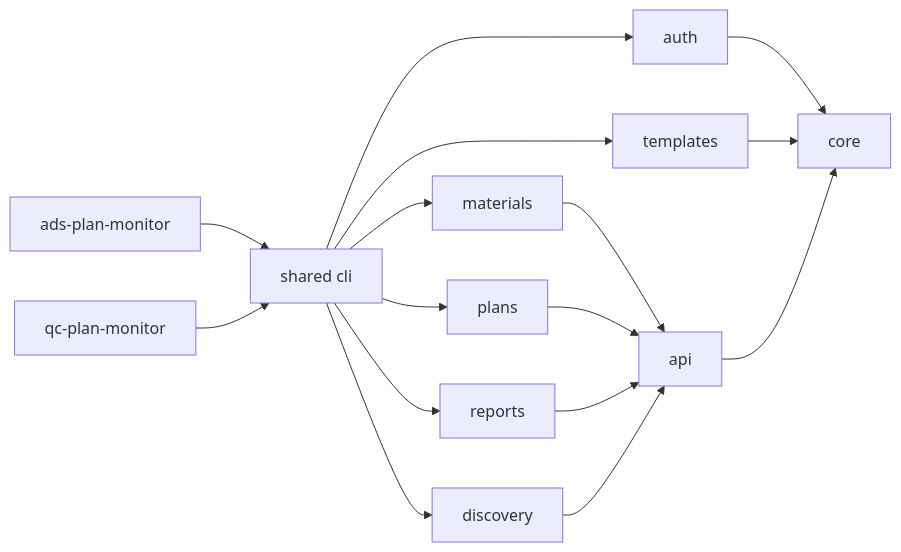
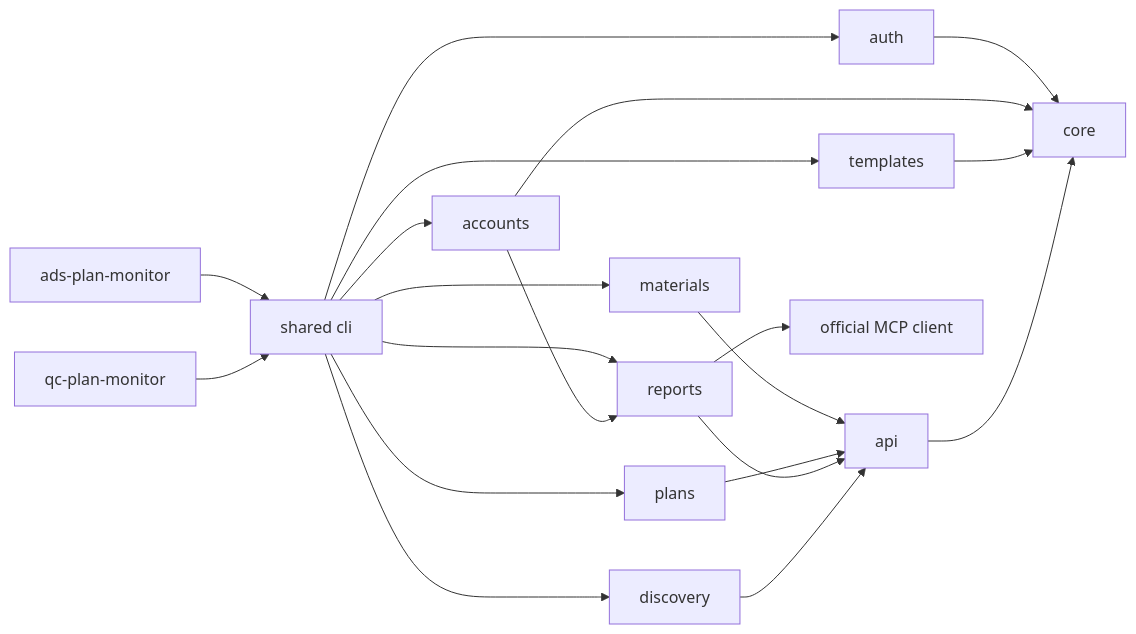
One commit to westng/ocean-watch changed the first of 2 diagrams in docs/architecture.md. Above: the diagram before and after it, drawn with Mermaid. The commit also changed other lines of this file and 58 other files, not shown here.

````diff
--- a/docs/architecture.md
+++ b/docs/architecture.md
@@ -18,18 +18,22 @@
 ```mermaid
 flowchart LR
     AdsSkill["ads-plan-monitor"] --> CLI["shared cli"]
     QcSkill["qc-plan-monitor"] --> CLI
     CLI --> Auth["auth"]
+    CLI --> Accounts["accounts"]
     CLI --> Templates["templates"]
     CLI --> Materials["materials"]
     CLI --> Plans["plans"]
     CLI --> Reports["reports"]
     CLI --> Discovery["discovery"]
     Auth --> Core["core"]
+    Accounts --> Core
+    Accounts --> Reports
     Templates --> Core
     Materials --> API["api"]
     Plans --> API
     Reports --> API
+    Reports --> McpClient["official MCP client"]
     Discovery --> API
     API --> Core
 ```
````
